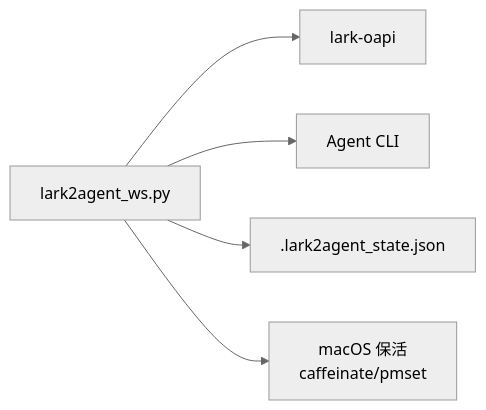
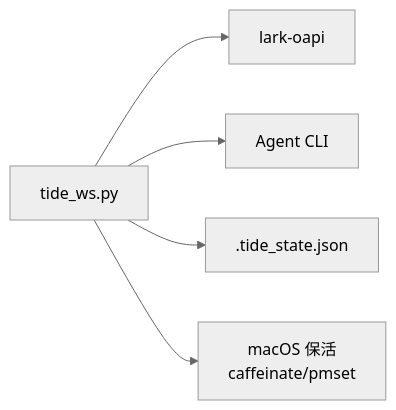
One commit to winditer/tide changed the third of 3 diagrams in .qoder/repowiki/zh/content/部署和运维/部署配置.md. Above: the diagram before and after it, drawn with Mermaid (neutral theme). The commit also changed other lines of this file and 260 other files, not shown here.

````diff
--- a/.qoder/repowiki/zh/content/部署和运维/部署配置.md
+++ b/.qoder/repowiki/zh/content/部署和运维/部署配置.md
@@ -236,7 +236,7 @@
 ```mermaid
 graph LR
-WS["lark2agent_ws.py"] --> SDK["lark-oapi"]
+WS["tide_ws.py"] --> SDK["lark-oapi"]
 WS --> CLI["Agent CLI"]
-WS --> STATE[".lark2agent_state.json"]
+WS --> STATE[".tide_state.json"]
 WS --> MAC["macOS 保活<br/>caffeinate/pmset"]
 ```
````
